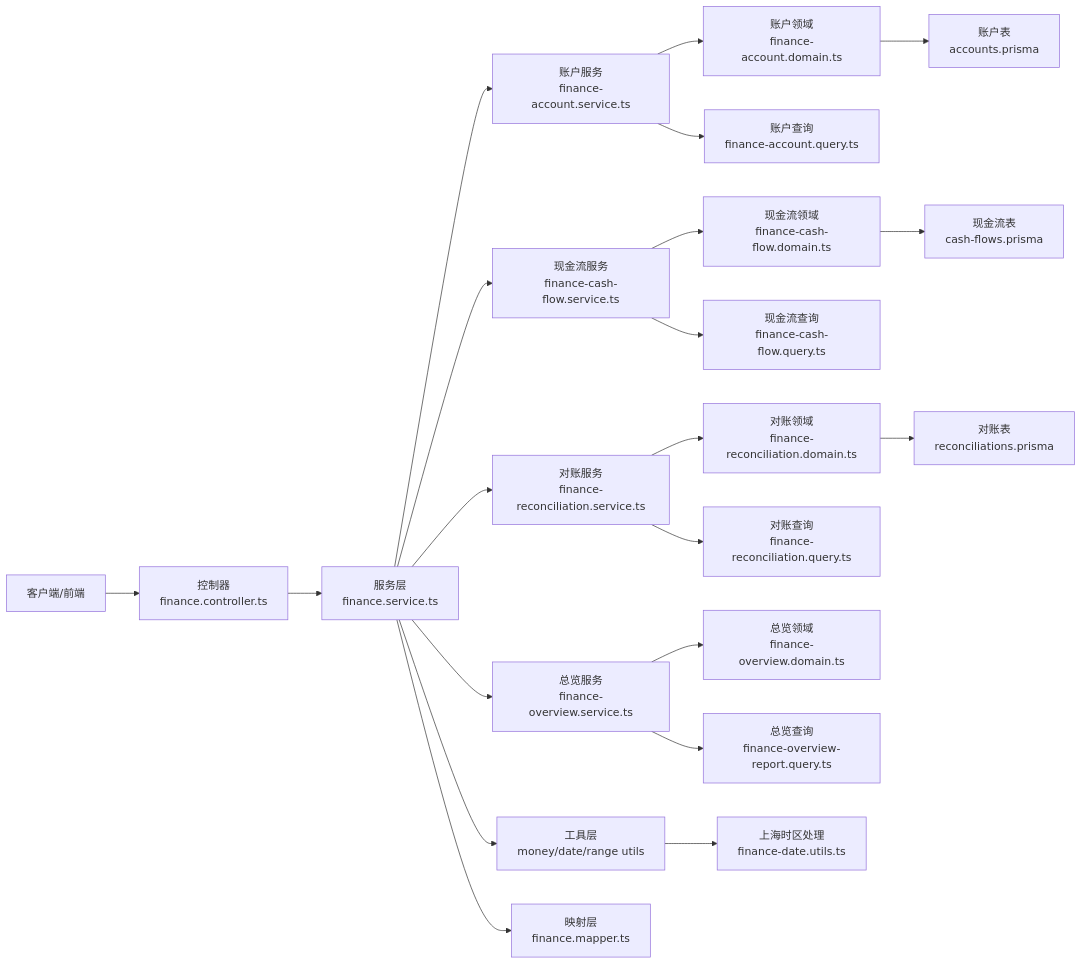
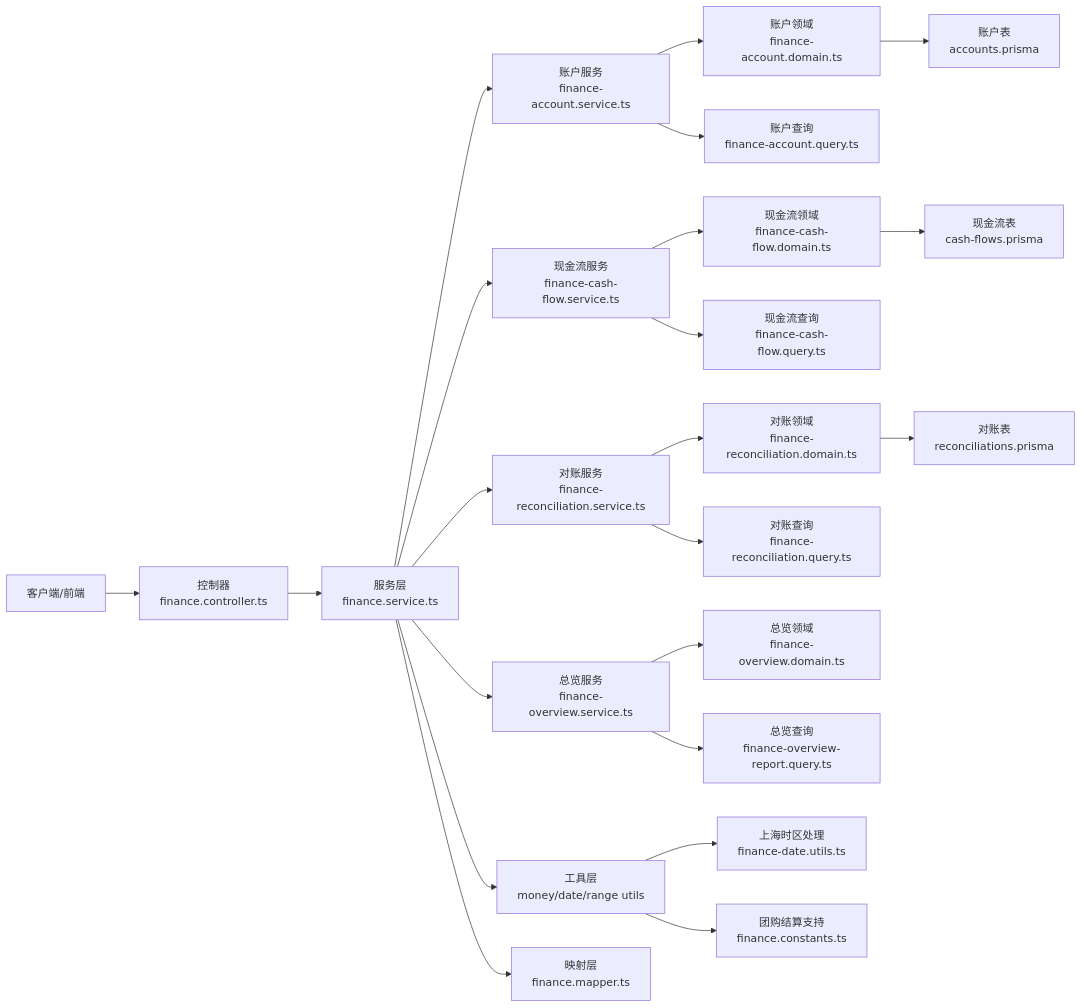
The second of 8 diagrams in .qoder/repowiki/zh/content/业务模块/财务管理模块/财务管理模块.md (rc558620/purelyprofit-server), drawn with Mermaid before and after one commit. The commit also changed other lines of this file and 117 other files, not shown here.

````diff
--- a/.qoder/repowiki/zh/content/业务模块/财务管理模块/财务管理模块.md
+++ b/.qoder/repowiki/zh/content/业务模块/财务管理模块/财务管理模块.md
@@ -176,23 +177,24 @@
 ```mermaid
 graph LR
 Client["客户端/前端"] --> Ctrl["控制器<br/>finance.controller.ts"]
 Ctrl --> Svc["服务层<br/>finance.service.ts"]
 Svc --> AccSvc["账户服务<br/>finance-account.service.ts"]
 Svc --> CashSvc["现金流服务<br/>finance-cash-flow.service.ts"]
 Svc --> RecSvc["对账服务<br/>finance-reconciliation.service.ts"]
 Svc --> OverSvc["总览服务<br/>finance-overview.service.ts"]
 AccSvc --> AccDomain["账户领域<br/>finance-account.domain.ts"]
 CashSvc --> CashDomain["现金流领域<br/>finance-cash-flow.domain.ts"]
 RecSvc --> RecDomain["对账领域<br/>finance-reconciliation.domain.ts"]
 OverSvc --> OverDomain["总览领域<br/>finance-overview.domain.ts"]
 AccSvc --> AccQuery["账户查询<br/>finance-account.query.ts"]
 CashSvc --> CashQuery["现金流查询<br/>finance-cash-flow.query.ts"]
 RecSvc --> RecQuery["对账查询<br/>finance-reconciliation.query.ts"]
 OverSvc --> OverQuery["总览查询<br/>finance-overview-report.query.ts"]
 Svc --> Utils["工具层<br/>money/date/range utils"]
 Svc --> Mapper["映射层<br/>finance.mapper.ts"]
 AccDomain --> DBAcc["账户表<br/>accounts.prisma"]
 CashDomain --> DBCash["现金流表<br/>cash-flows.prisma"]
 RecDomain --> DBRec["对账表<br/>reconciliations.prisma"]
 Utils --> TZ["上海时区处理<br/>finance-date.utils.ts"]
+Utils --> Groupon["团购结算支持<br/>finance.constants.ts"]
 ```
````
